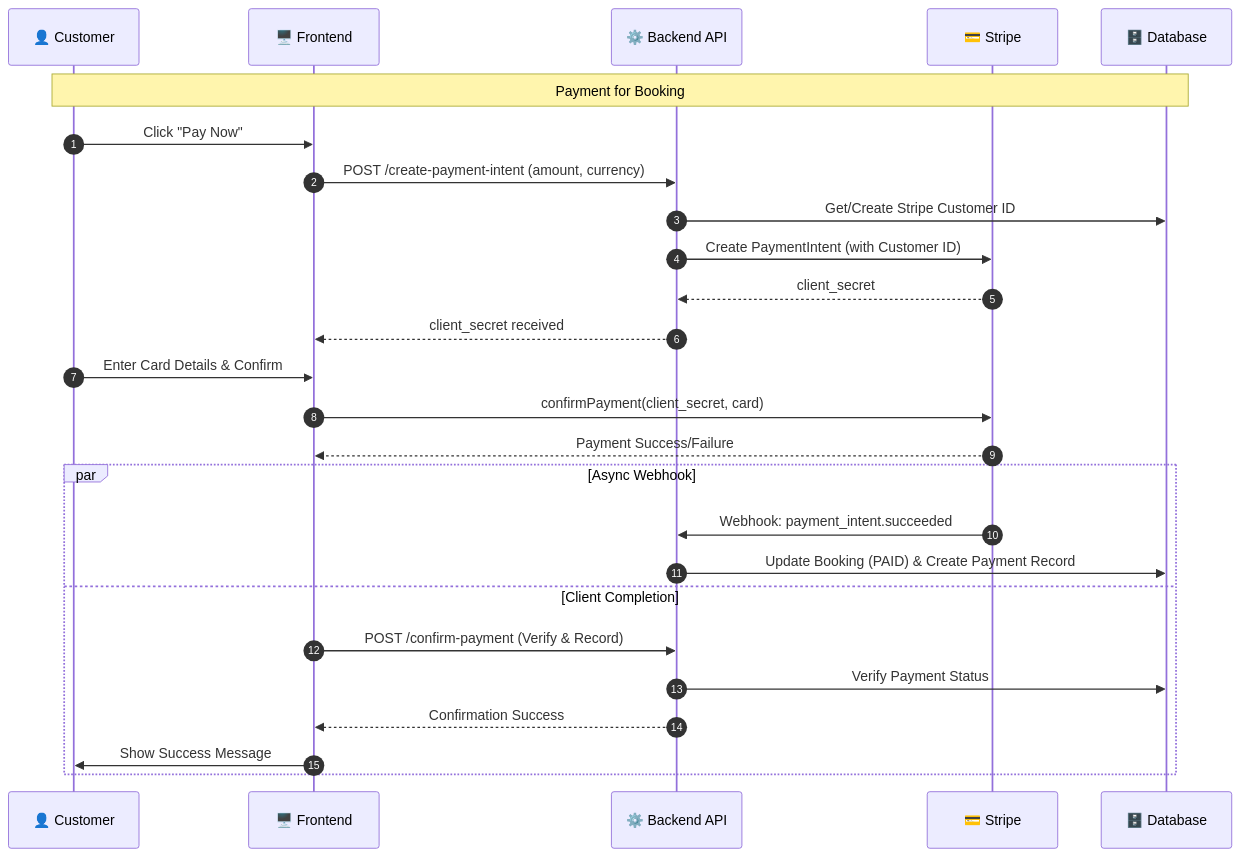
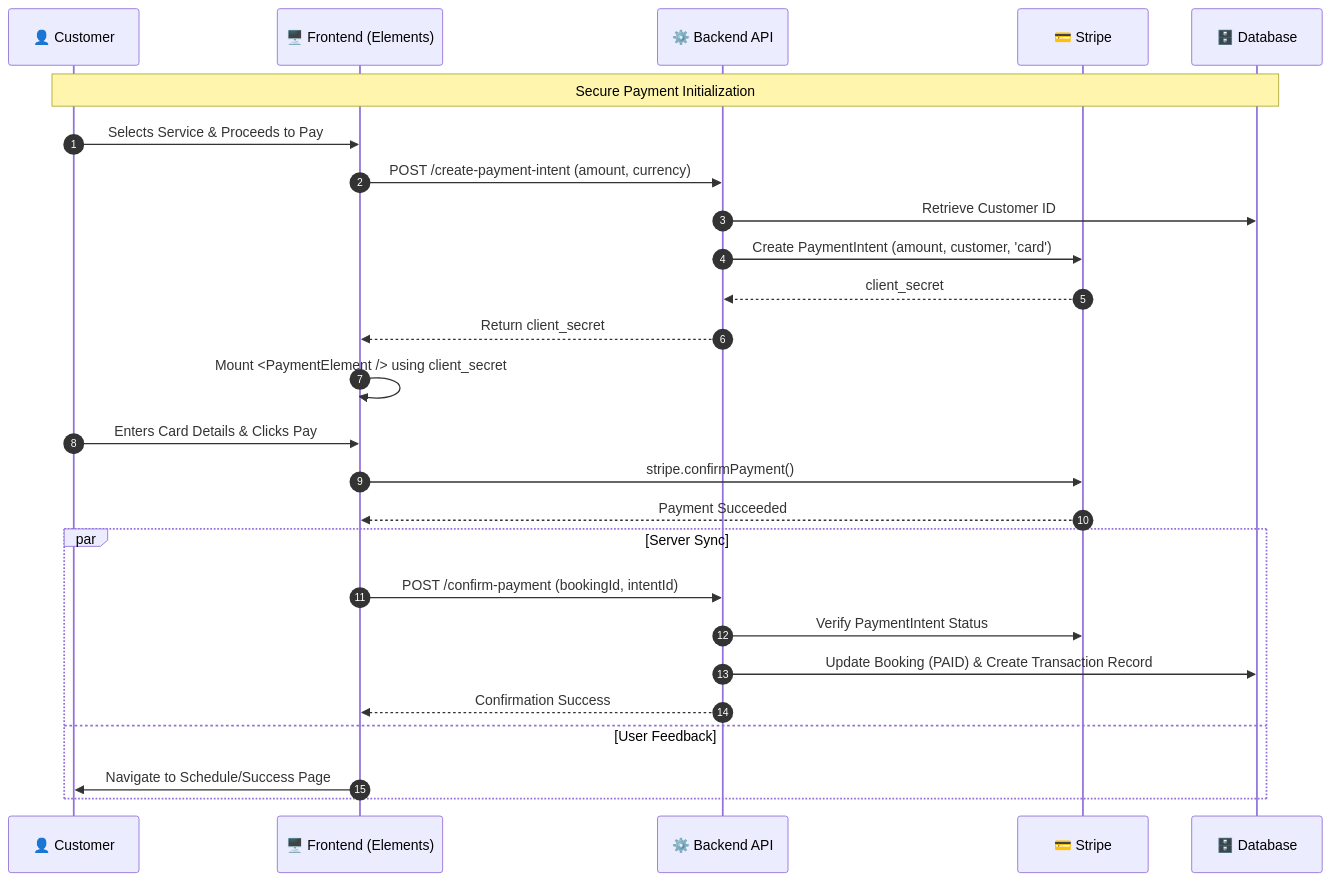
The fifth of 13 diagrams in README.md (Irchika774/Tech-Care_official), drawn with Mermaid before and after one commit. The commit also changed other lines of this file, not shown here.

Commit message:
docs(readme): update comprehensive documentation, flow diagrams, and version history for v2.8

````diff
--- a/README.md
+++ b/README.md
@@ -347,31 +357,31 @@
 ```mermaid
 sequenceDiagram
     autonumber
     participant U as 👤 Customer
-    participant F as 🖥️ Frontend
+    participant F as 🖥️ Frontend (Elements)
     participant B as ⚙️ Backend API
     participant ST as 💳 Stripe
     participant DB as 🗄️ Database
 
-    Note over U,DB: Payment for Booking
-    U->>F: Click "Pay Now"
+    Note over U,DB: Secure Payment Initialization
+    U->>F: Selects Service & Proceeds to Pay
     F->>B: POST /create-payment-intent (amount, currency)
-    B->>DB: Get/Create Stripe Customer ID
-    B->>ST: Create PaymentIntent (with Customer ID)
+    B->>DB: Retrieve Customer ID
+    B->>ST: Create PaymentIntent (amount, customer, 'card')
     ST-->>B: client_secret
-    B-->>F: client_secret received
+    B-->>F: Return client_secret
     
-    U->>F: Enter Card Details & Confirm
-    F->>ST: confirmPayment(client_secret, card)
-    ST-->>F: Payment Success/Failure
-    
-    par Async Webhook
-        ST->>B: Webhook: payment_intent.succeeded
-        B->>DB: Update Booking (PAID) & Create Payment Record
-    and Client Completion
-        F->>B: POST /confirm-payment (Verify & Record)
-        B->>DB: Verify Payment Status
+    F->>F: Mount <PaymentElement /> using client_secret
+    U->>F: Enters Card Details & Clicks Pay
+    F->>ST: stripe.confirmPayment()
+    ST-->>F: Payment Succeeded
+
+    par Server Sync
+        F->>B: POST /confirm-payment (bookingId, intentId)
+        B->>ST: Verify PaymentIntent Status
+        B->>DB: Update Booking (PAID) & Create Transaction Record
         B-->>F: Confirmation Success
-        F->>U: Show Success Message
+    and User Feedback
+        F->>U: Navigate to Schedule/Success Page
     end
 ```
````
